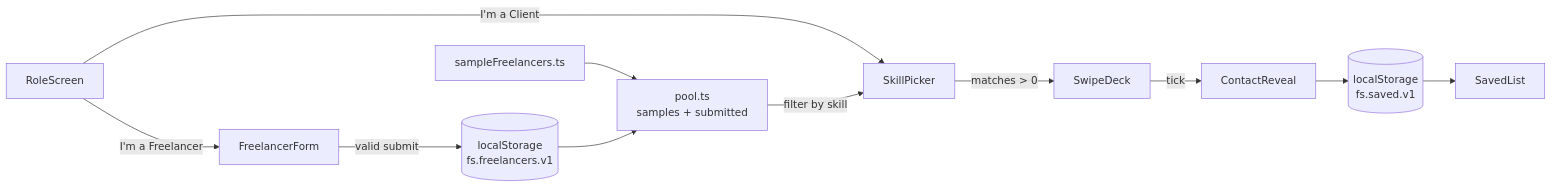
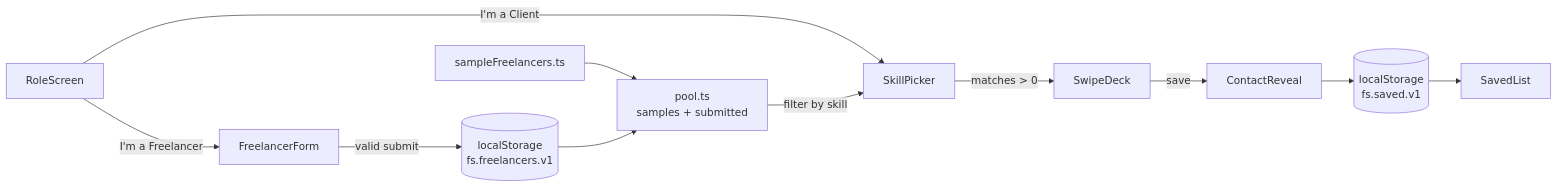
The diagram in devpost/spec.md (KelvinTrinhSG/Freelancer-Marketplace), drawn with Mermaid before and after one commit. The commit also changed other lines of this file and 51 other files, not shown here.

````diff
--- a/devpost/spec.md
+++ b/devpost/spec.md
@@ -23,13 +23,13 @@
 ```mermaid
 flowchart LR
   Role[RoleScreen] -->|I'm a Freelancer| Form[FreelancerForm]
   Form -->|valid submit| LS1[(localStorage<br/>fs.freelancers.v1)]
   Role -->|I'm a Client| Picker[SkillPicker]
   Samples[sampleFreelancers.ts] --> Pool[pool.ts<br/>samples + submitted]
   LS1 --> Pool
   Pool -->|filter by skill| Picker
   Picker -->|matches > 0| Deck[SwipeDeck]
-  Deck -->|tick| Reveal[ContactReveal]
+  Deck -->|save| Reveal[ContactReveal]
   Reveal --> LS2[(localStorage<br/>fs.saved.v1)]
   LS2 --> Saved[SavedList]
 ```
````
